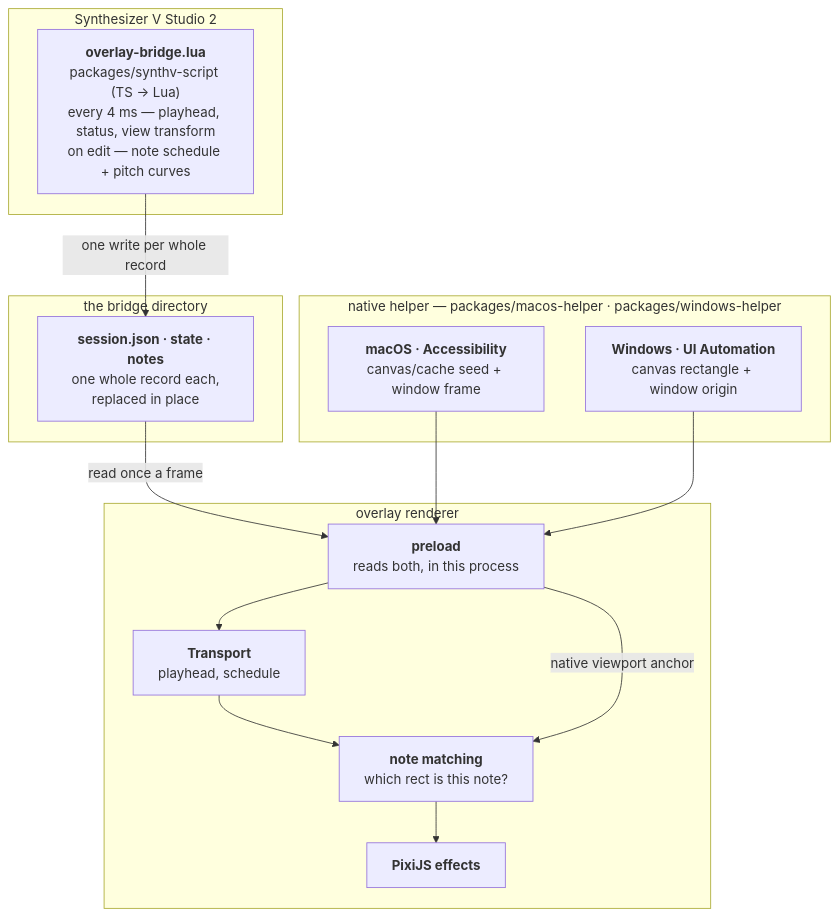
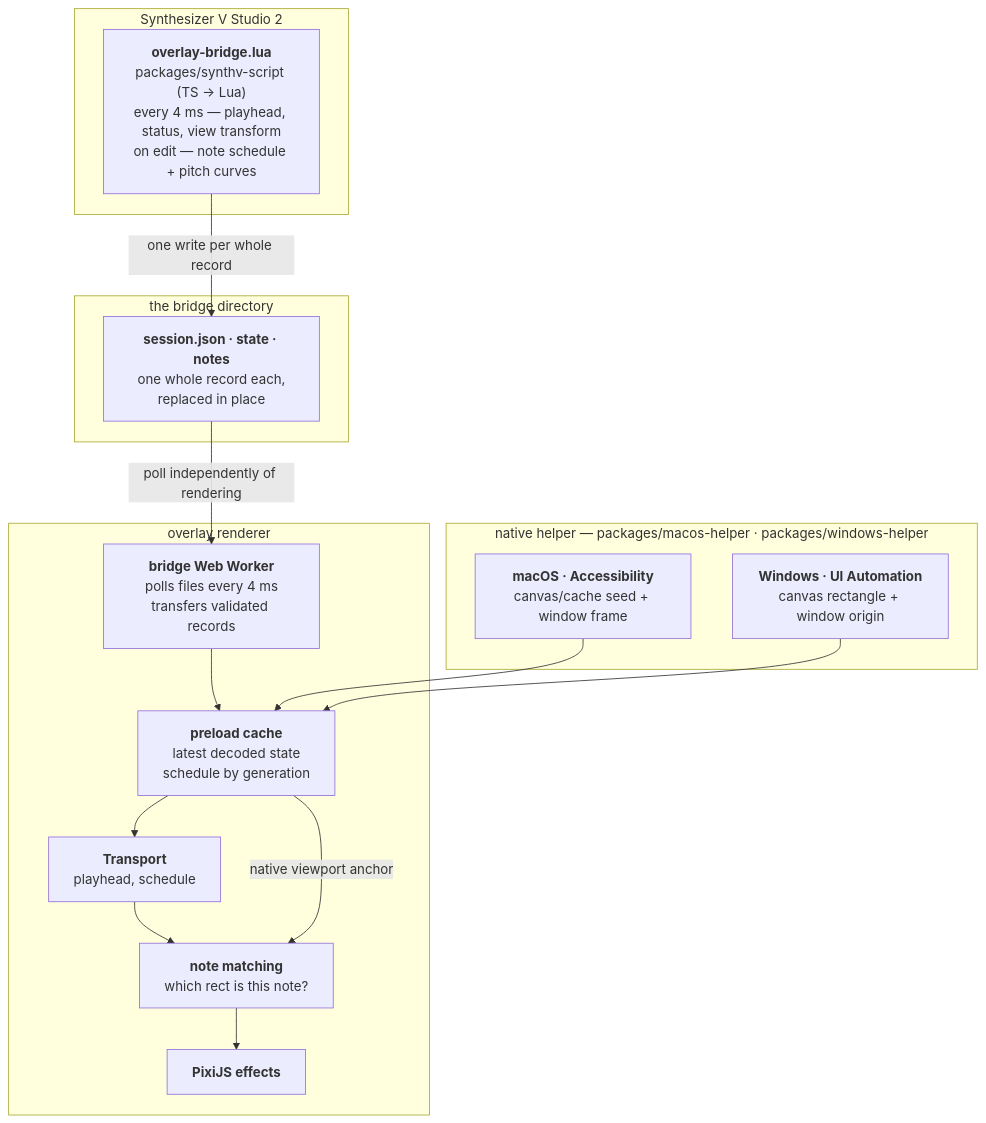
The diagram in docs/architecture.md (0x1f320/karaoke-v), drawn with Mermaid before and after one commit. The commit also changed other lines of this file and 31 other files, not shown here.

Commit message:
perf(bridge): decouple sampling from rendering

````diff
--- a/docs/architecture.md
+++ b/docs/architecture.md
@@ -27,29 +27,30 @@
 ```mermaid
 flowchart TD
     subgraph SV["Synthesizer V Studio 2"]
         script["<b>overlay-bridge.lua</b><br/>packages/synthv-script (TS → Lua)<br/>every 4 ms — playhead, status, view transform<br/>on edit — note schedule + pitch curves"]
     end
 
     subgraph CH["the bridge directory"]
         files["<b>session.json · state · notes</b><br/>one whole record each,<br/>replaced in place"]
     end
 
     subgraph NAT["native helper — packages/macos-helper · packages/windows-helper"]
         mac["<b>macOS · Accessibility</b><br/>canvas/cache seed + window frame"]
         win["<b>Windows · UI Automation</b><br/>canvas rectangle + window origin"]
     end
 
     subgraph REN["overlay renderer"]
-        preload["<b>preload</b><br/>reads both, in this process"]
+        worker["<b>bridge Web Worker</b><br/>polls files every 4 ms<br/>transfers validated records"]
+        preload["<b>preload cache</b><br/>latest decoded state<br/>schedule by generation"]
         transport["<b>Transport</b><br/>playhead, schedule"]
         match["<b>note matching</b><br/>which rect is this note?"]
         pixi["<b>PixiJS effects</b>"]
     end
 
     script -- "one write per whole record" --> files
-    files -- "read once a frame" --> preload
+    files -- "poll independently of rendering" --> worker --> preload
     mac --> preload
     win --> preload
     preload --> transport --> match --> pixi
     preload -- "native viewport anchor" --> match
 ```
````
